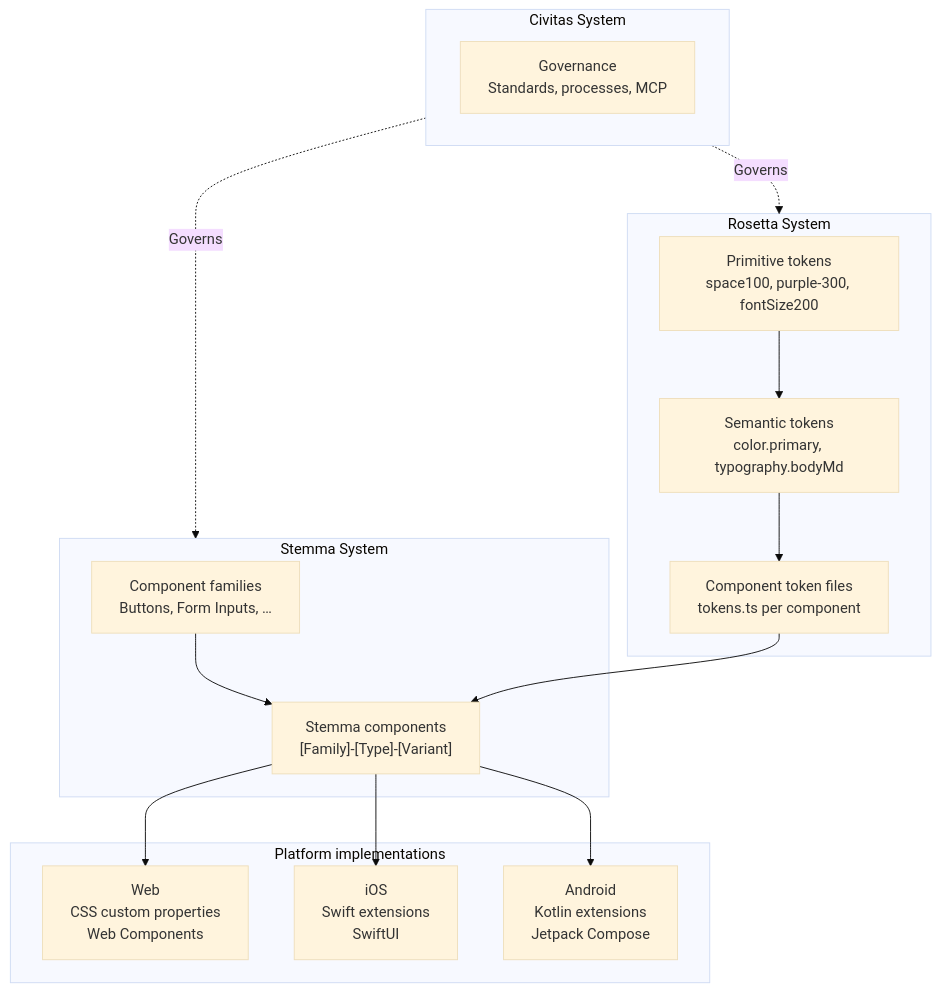
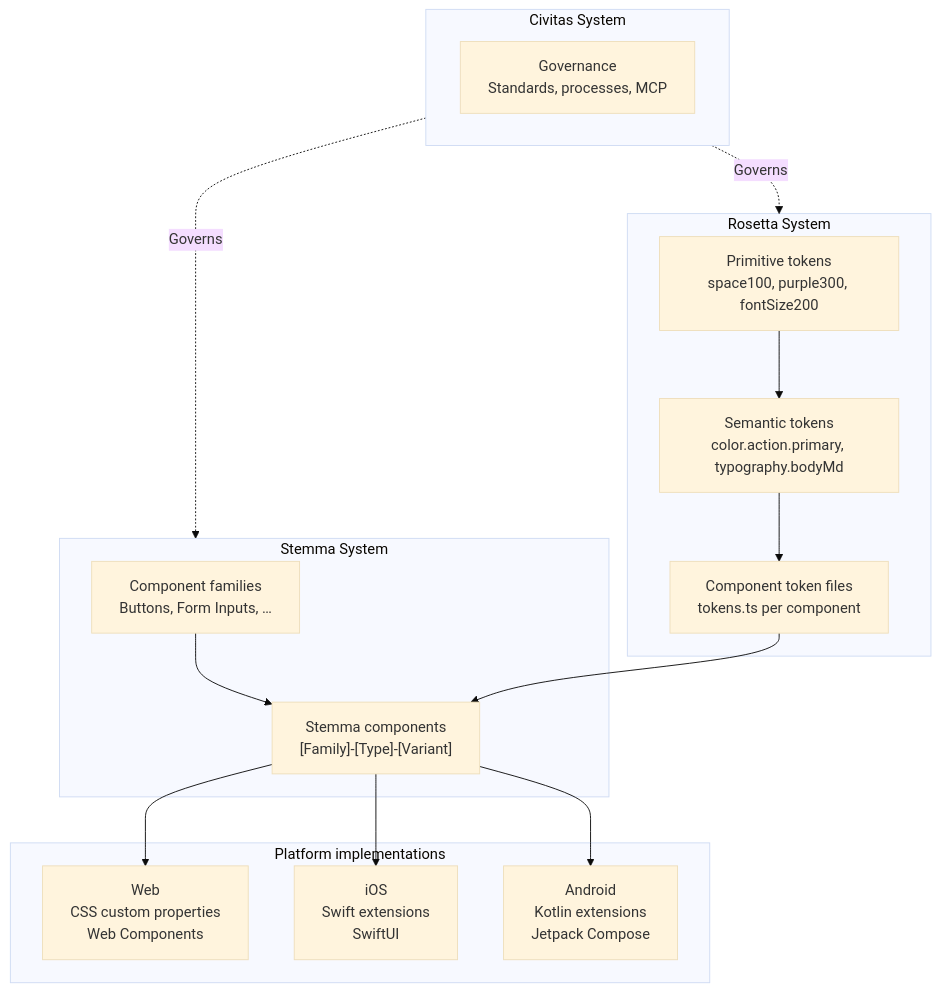
One commit to 3fn/DesignerPunk changed the fifth of 6 diagrams in .kiro/steering/DesignerPunk-Systems-Overview.md. Above: the diagram before and after it, drawn with Mermaid (base theme). The commit also changed other lines of this file and 76 other files, not shown here.

````diff
--- a/.kiro/steering/DesignerPunk-Systems-Overview.md
+++ b/.kiro/steering/DesignerPunk-Systems-Overview.md
@@ -208,32 +208,32 @@
 ```mermaid
 flowchart TB
     subgraph Rosetta["Rosetta System"]
-        PT["Primitive tokens<br/>space100, purple-300, fontSize200"]
-        ST["Semantic tokens<br/>color.primary, typography.bodyMd"]
+        PT["Primitive tokens<br/>space100, purple300, fontSize200"]
+        ST["Semantic tokens<br/>color.action.primary, typography.bodyMd"]
         CT["Component token files<br/>tokens.ts per component"]
         PT --> ST --> CT
     end
 
     subgraph Stemma["Stemma System"]
         Fam["Component families<br/>Buttons, Form Inputs, …"]
         Comp["Stemma components<br/>[Family]-[Type]-[Variant]"]
         Fam --> Comp
     end
 
     subgraph Platforms["Platform implementations"]
         Web["Web<br/>CSS custom properties<br/>Web Components"]
         iOS["iOS<br/>Swift extensions<br/>SwiftUI"]
         And["Android<br/>Kotlin extensions<br/>Jetpack Compose"]
     end
 
     subgraph Civitas["Civitas System"]
         Gov["Governance<br/>Standards, processes, MCP"]
     end
 
     CT --> Comp
     Comp --> Web
     Comp --> iOS
     Comp --> And
     Civitas -.->|"Governs"| Rosetta
     Civitas -.->|"Governs"| Stemma
 ```
````
